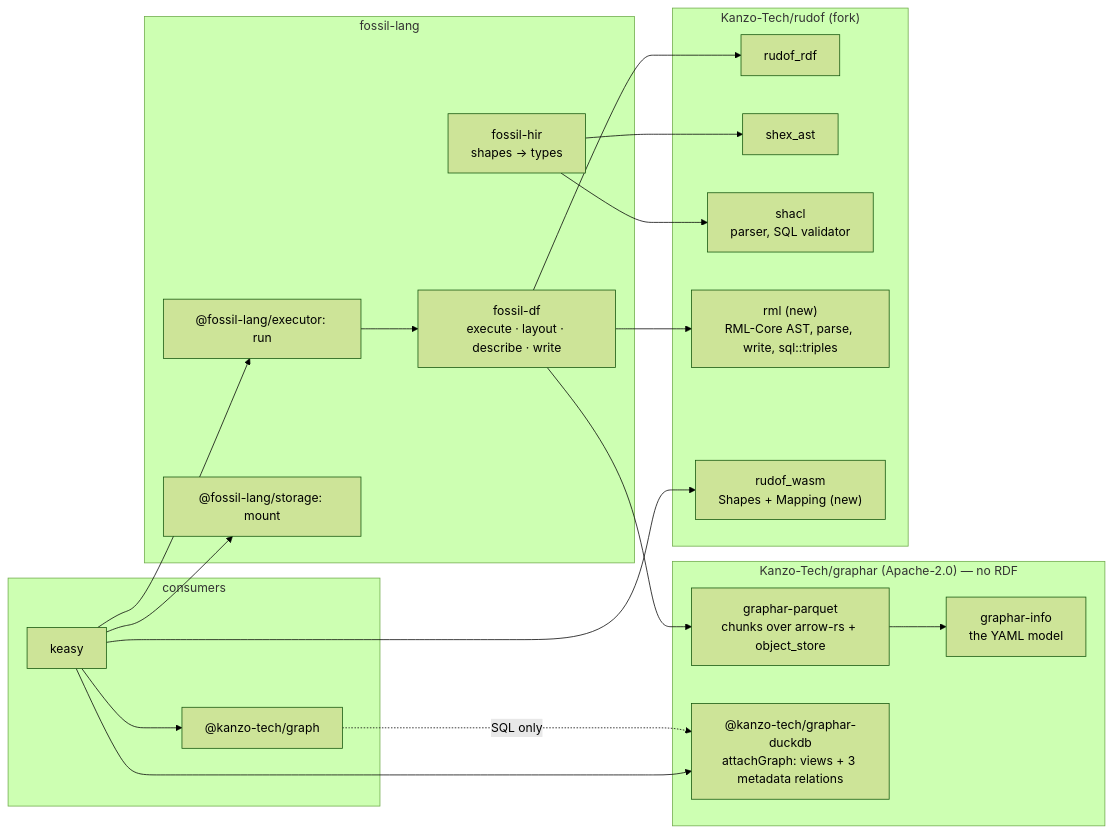
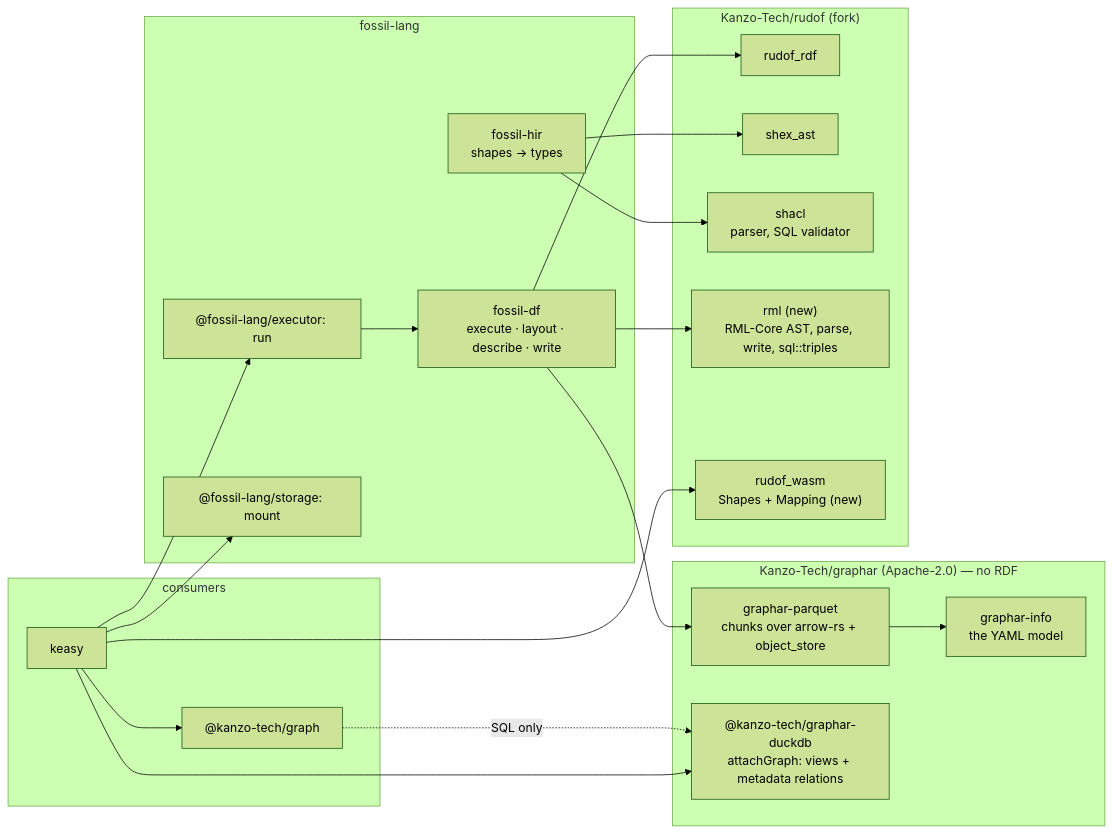
One commit to Kanzo-Tech/fossil-lang changed the diagram in docs/content/docs/design/graphar.mdx. Above: the diagram before and after it, drawn with Mermaid (forest theme). The commit also changed other lines of this file and 1 other file, not shown here.

First line of the commit message:
docs(design): graphar as shipped, multi-valued as a list, annotations from the mapping

````diff
--- a/docs/content/docs/design/graphar.mdx
+++ b/docs/content/docs/design/graphar.mdx
@@ -43,38 +43,38 @@
 ```mermaid
 flowchart LR
   subgraph G["Kanzo-Tech/graphar (Apache-2.0) — no RDF"]
     info["graphar-info<br/>the YAML model"]
     pq["graphar-parquet<br/>chunks over arrow-rs + object_store"]
-    js["@kanzo-tech/graphar-duckdb<br/>attachGraph: views + 3 metadata relations"]
+    js["@kanzo-tech/graphar-duckdb<br/>attachGraph: views + metadata relations"]
   end
   subgraph R["Kanzo-Tech/rudof (fork)"]
     rdf["rudof_rdf"]
     shex["shex_ast"]
     shacl["shacl<br/>parser, SQL validator"]
     rml["rml (new)<br/>RML-Core AST, parse, write, sql::triples"]
     rw["rudof_wasm<br/>Shapes + Mapping (new)"]
   end
   subgraph F["fossil-lang"]
     hir["fossil-hir<br/>shapes → types"]
     df["fossil-df<br/>execute · layout · describe · write"]
     exe["@fossil-lang/executor: run"]
     st["@fossil-lang/storage: mount"]
   end
   subgraph D["consumers"]
     ui["@kanzo-tech/graph"]
     keasy["keasy"]
   end
   pq --> info
   hir --> shex
   hir --> shacl
   df --> pq
   df --> rml
   df --> rdf
   exe --> df
   ui -. SQL only .-> js
   keasy --> exe
   keasy --> st
   keasy --> js
   keasy --> rw
   keasy --> ui
 ```
````
